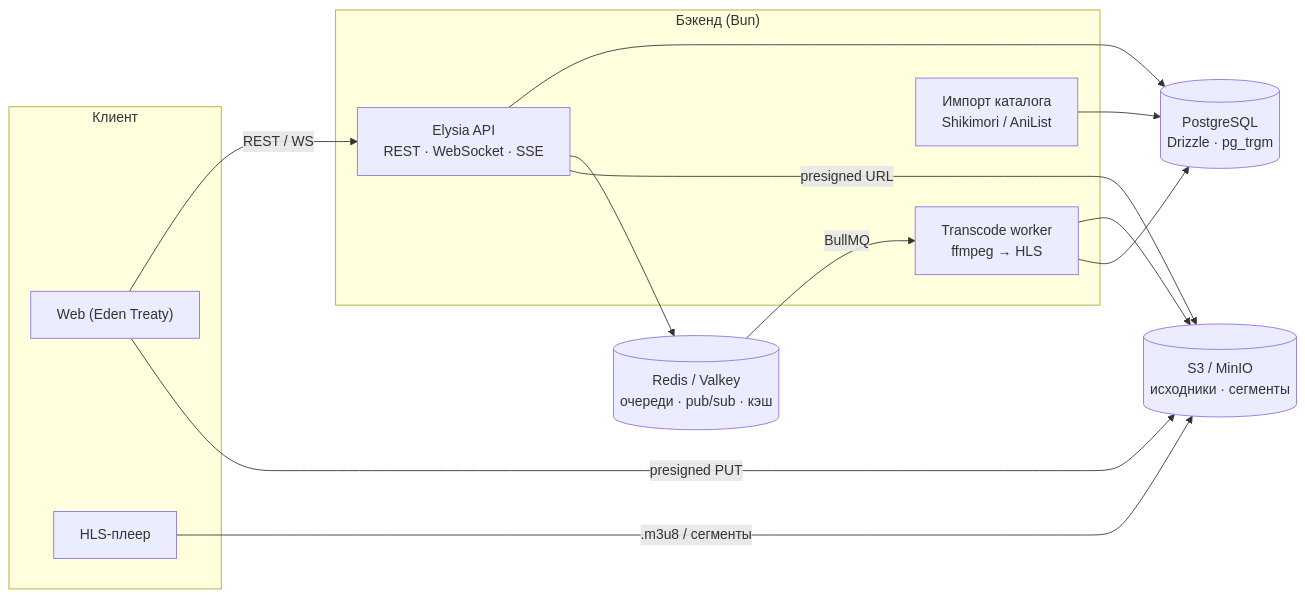
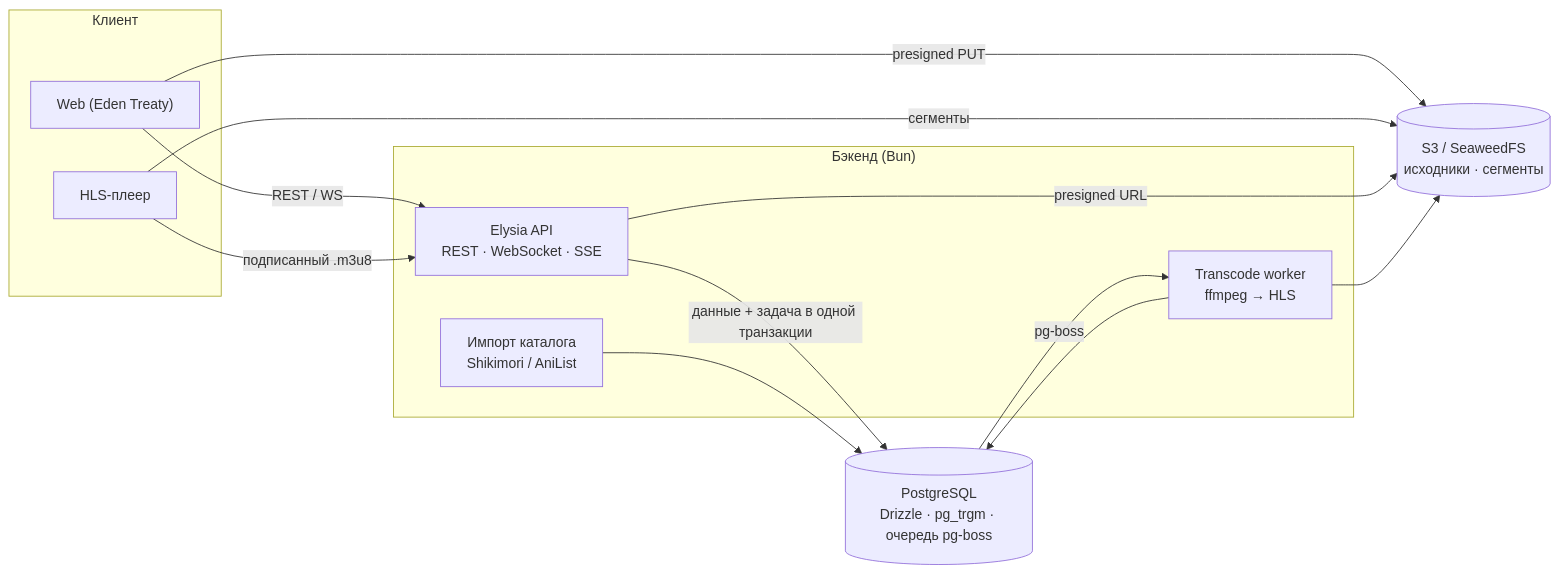
Before and after one commit to Retskey2/yatoro-api: the diagram in docs/ROADMAP.md, drawn with Mermaid. The commit also changed other lines of this file and 9 other files, not shown here.

````diff
--- a/docs/ROADMAP.md
+++ b/docs/ROADMAP.md
@@ -86,28 +86,27 @@
 ```mermaid
 flowchart LR
   subgraph Client["Клиент"]
     Web["Web (Eden Treaty)"]
     Player["HLS-плеер"]
   end
 
   subgraph Backend["Бэкенд (Bun)"]
     API["Elysia API<br/>REST · WebSocket · SSE"]
     Worker["Transcode worker<br/>ffmpeg → HLS"]
     Sync["Импорт каталога<br/>Shikimori / AniList"]
   end
 
-  PG[("PostgreSQL<br/>Drizzle · pg_trgm")]
-  Redis[("Redis / Valkey<br/>очереди · pub/sub · кэш")]
-  S3[("S3 / MinIO<br/>исходники · сегменты")]
+  PG[("PostgreSQL<br/>Drizzle · pg_trgm · очередь pg-boss")]
+  S3[("S3 / SeaweedFS<br/>исходники · сегменты")]
 
   Web -->|REST / WS| API
   Web -->|presigned PUT| S3
-  Player -->|.m3u8 / сегменты| S3
-  API --> PG
-  API --> Redis
+  Player -->|подписанный .m3u8| API
+  Player -->|сегменты| S3
+  API -->|данные + задача в одной транзакции| PG
   API -->|presigned URL| S3
-  Redis -->|BullMQ| Worker
+  PG -->|pg-boss| Worker
   Worker --> S3
   Worker --> PG
   Sync --> PG
 ```
````
